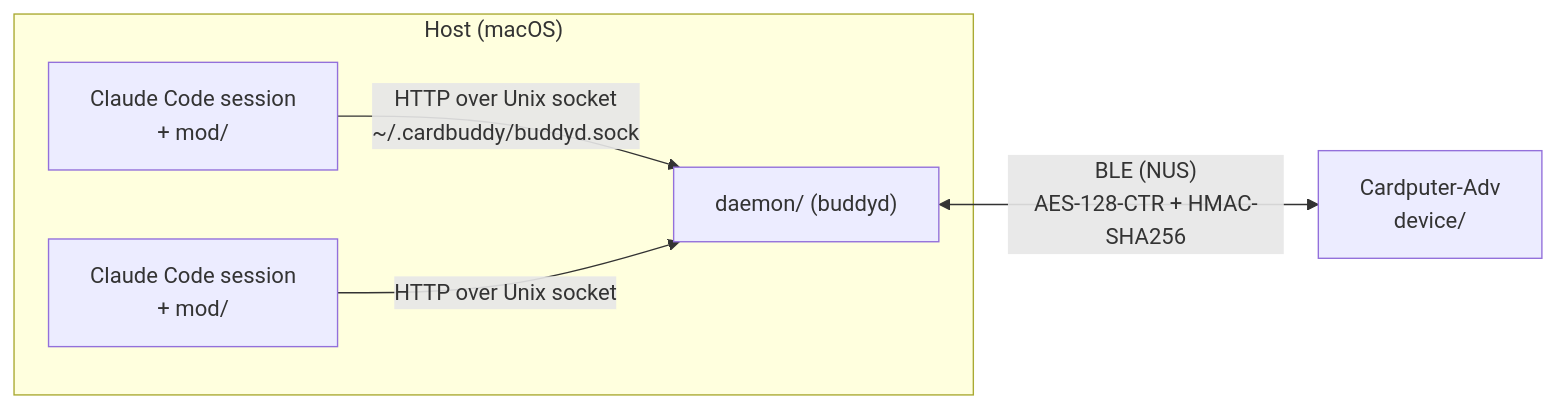
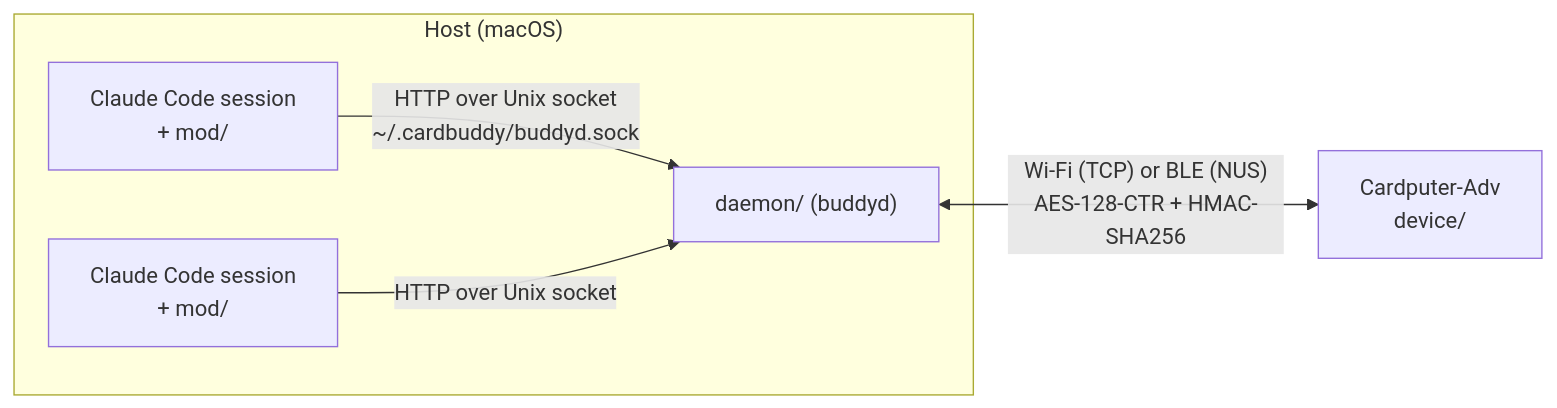
Before and after one commit to sohsatoh/cardputer-cli-buddy: the diagram in README.md, drawn with Mermaid. The commit also changed other lines of this file and 36 other files, not shown here.

````diff
--- a/README.md
+++ b/README.md
@@ -18,12 +19,12 @@
 ```mermaid
 flowchart LR
   subgraph host["Host (macOS)"]
     cc1["Claude Code session<br>+ mod/"]
     cc2["Claude Code session<br>+ mod/"]
     d["daemon/ (buddyd)"]
   end
   dev["Cardputer-Adv<br>device/"]
   cc1 -- "HTTP over Unix socket<br>~/.cardbuddy/buddyd.sock" --> d
   cc2 -- "HTTP over Unix socket" --> d
-  d <-- "BLE (NUS)<br>AES-128-CTR + HMAC-SHA256" --> dev
+  d <-- "Wi-Fi (TCP) or BLE (NUS)<br>AES-128-CTR + HMAC-SHA256" --> dev
 ```
````
